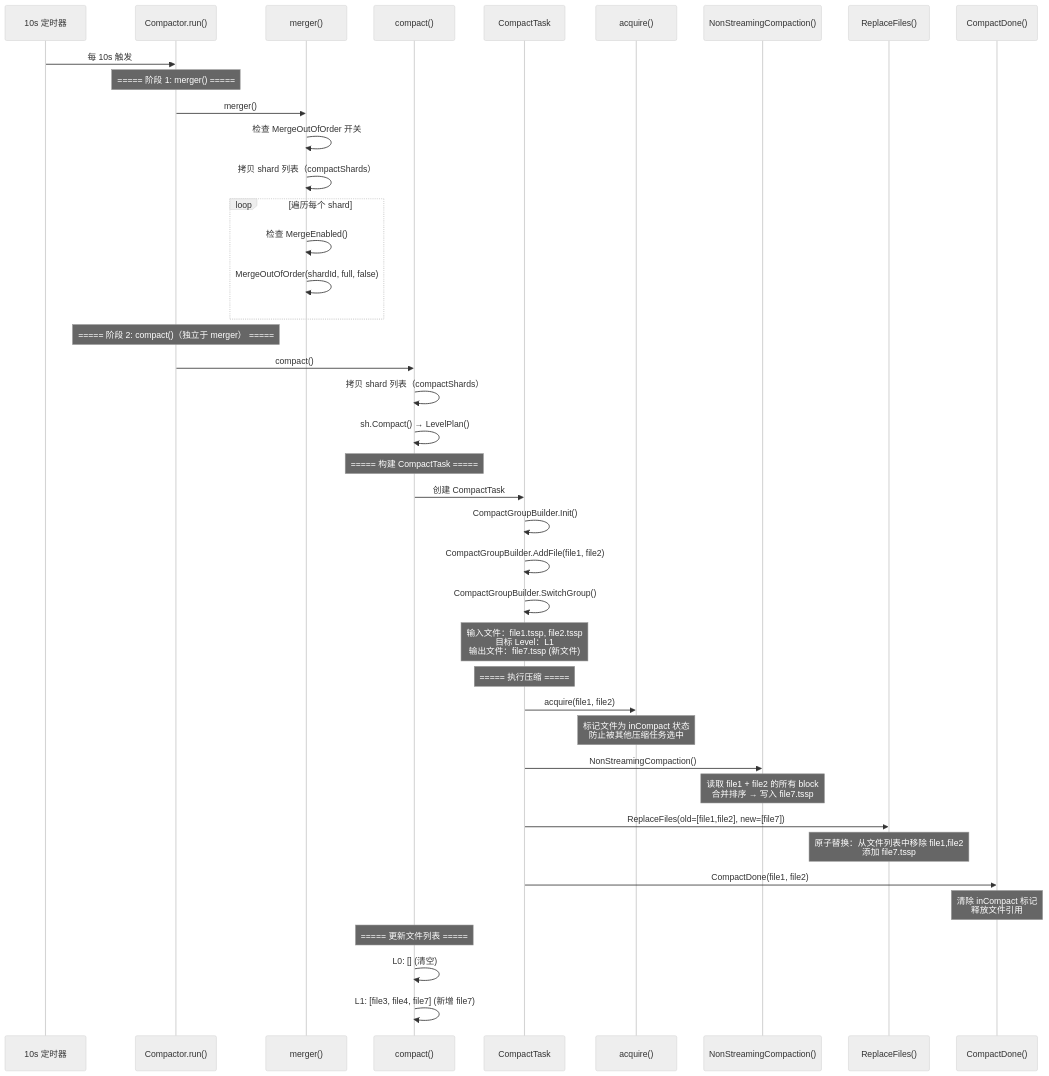
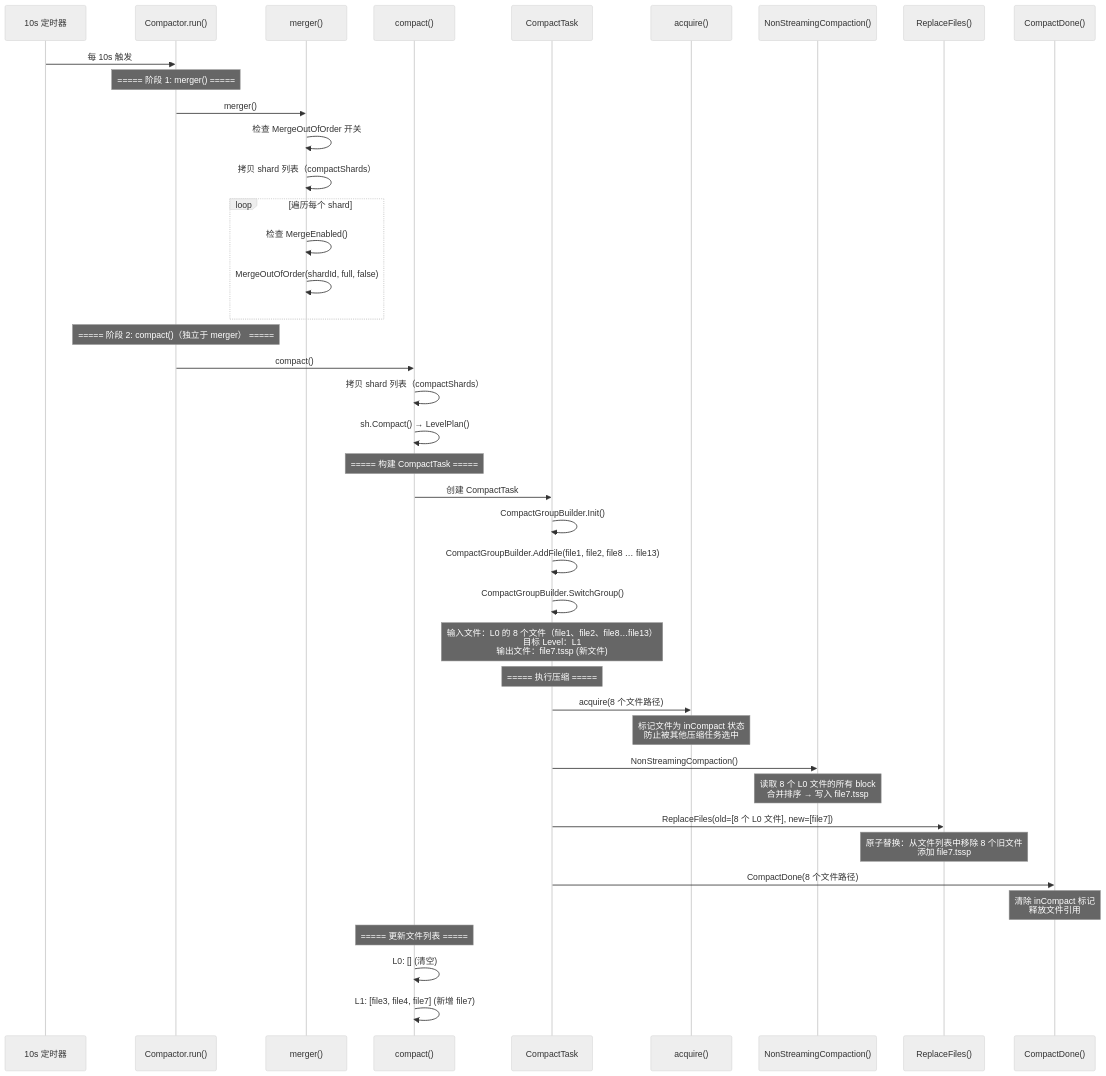
Diagram 26 of 33 in docs/specs/04_background_tasks_spec.md (stefanv5/openGemini), drawn with Mermaid (neutral theme) before and after one commit. The commit also changed other lines of this file and 37 other files, not shown here.

````diff
--- a/docs/specs/04_background_tasks_spec.md
+++ b/docs/specs/04_background_tasks_spec.md
@@ -2162,52 +2166,52 @@
 ```mermaid
 sequenceDiagram
     participant Timer as 10s 定时器
     participant Compactor as Compactor.run()
     participant Merger as merger()
     participant Compact as compact()
     participant Task as CompactTask
     participant Acquire as acquire()
     participant Execute as NonStreamingCompaction()
     participant Replace as ReplaceFiles()
     participant Done as CompactDone()
 
     Timer->>Compactor: 每 10s 触发
 
     Note over Compactor: ===== 阶段 1: merger() =====
     Compactor->>Merger: merger()
     Merger->>Merger: 检查 MergeOutOfOrder 开关
     Merger->>Merger: 拷贝 shard 列表（compactShards）
     loop 遍历每个 shard
         Merger->>Merger: 检查 MergeEnabled()
         Merger->>Merger: MergeOutOfOrder(shardId, full, false)
     end
 
     Note over Compactor: ===== 阶段 2: compact()（独立于 merger） =====
     Compactor->>Compact: compact()
     Compact->>Compact: 拷贝 shard 列表（compactShards）
     Compact->>Compact: sh.Compact() → LevelPlan()
 
     Note over Compact: ===== 构建 CompactTask =====
     Compact->>Task: 创建 CompactTask
     Task->>Task: CompactGroupBuilder.Init()
-    Task->>Task: CompactGroupBuilder.AddFile(file1, file2)
+    Task->>Task: CompactGroupBuilder.AddFile(file1, file2, file8 … file13)
     Task->>Task: CompactGroupBuilder.SwitchGroup()
-    Note over Task: 输入文件：file1.tssp, file2.tssp<br/>目标 Level：L1<br/>输出文件：file7.tssp (新文件)
+    Note over Task: 输入文件：L0 的 8 个文件（file1、file2、file8…file13）<br/>目标 Level：L1<br/>输出文件：file7.tssp (新文件)
 
     Note over Task: ===== 执行压缩 =====
-    Task->>Acquire: acquire(file1, file2)
+    Task->>Acquire: acquire(8 个文件路径)
     Note over Acquire: 标记文件为 inCompact 状态<br/>防止被其他压缩任务选中
 
     Task->>Execute: NonStreamingCompaction()
-    Note over Execute: 读取 file1 + file2 的所有 block<br/>合并排序 → 写入 file7.tssp
+    Note over Execute: 读取 8 个 L0 文件的所有 block<br/>合并排序 → 写入 file7.tssp
 
-    Task->>Replace: ReplaceFiles(old=[file1,file2], new=[file7])
-    Note over Replace: 原子替换：从文件列表中移除 file1,file2<br/>添加 file7.tssp
+    Task->>Replace: ReplaceFiles(old=[8 个 L0 文件], new=[file7])
+    Note over Replace: 原子替换：从文件列表中移除 8 个旧文件<br/>添加 file7.tssp
 
-    Task->>Done: CompactDone(file1, file2)
+    Task->>Done: CompactDone(8 个文件路径)
     Note over Done: 清除 inCompact 标记<br/>释放文件引用
 
     Note over Compact: ===== 更新文件列表 =====
     Compact->>Compact: L0: [] (清空)
     Compact->>Compact: L1: [file3, file4, file7] (新增 file7)
 ```
````
